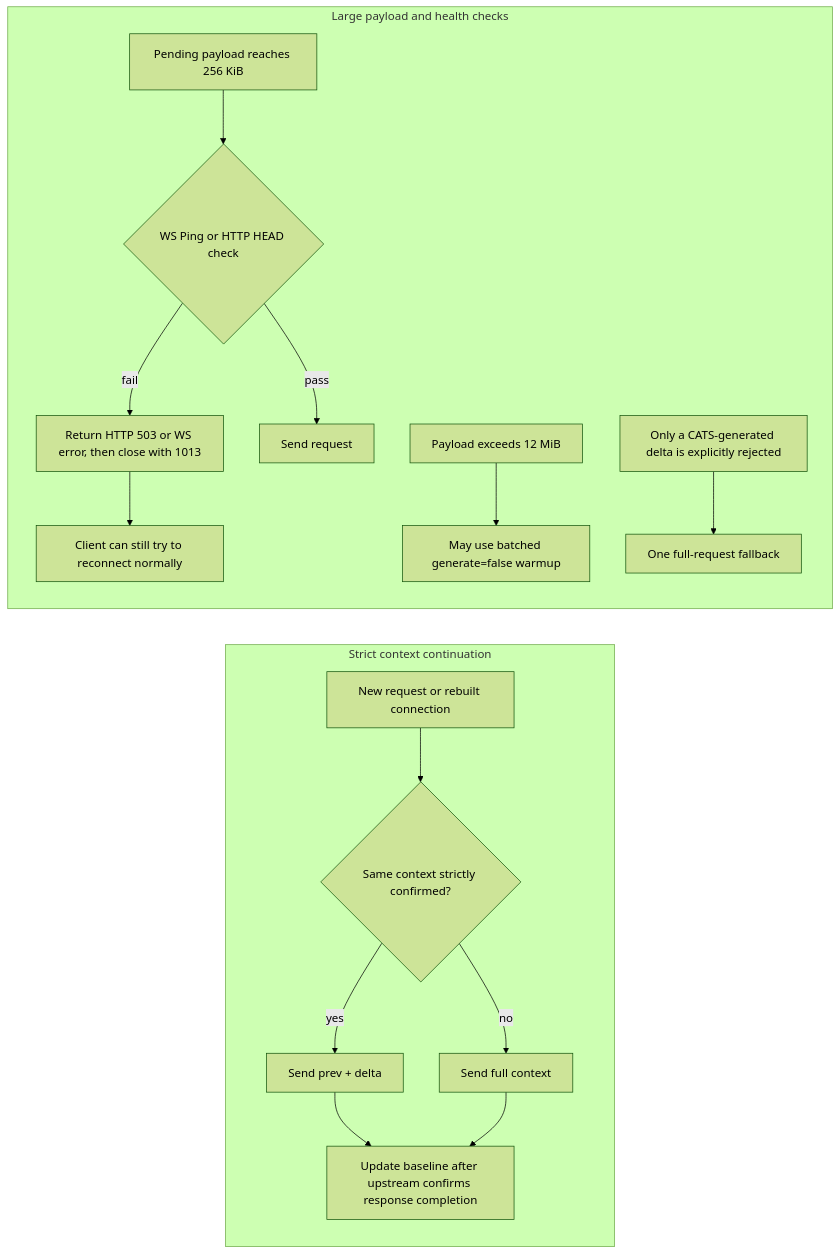
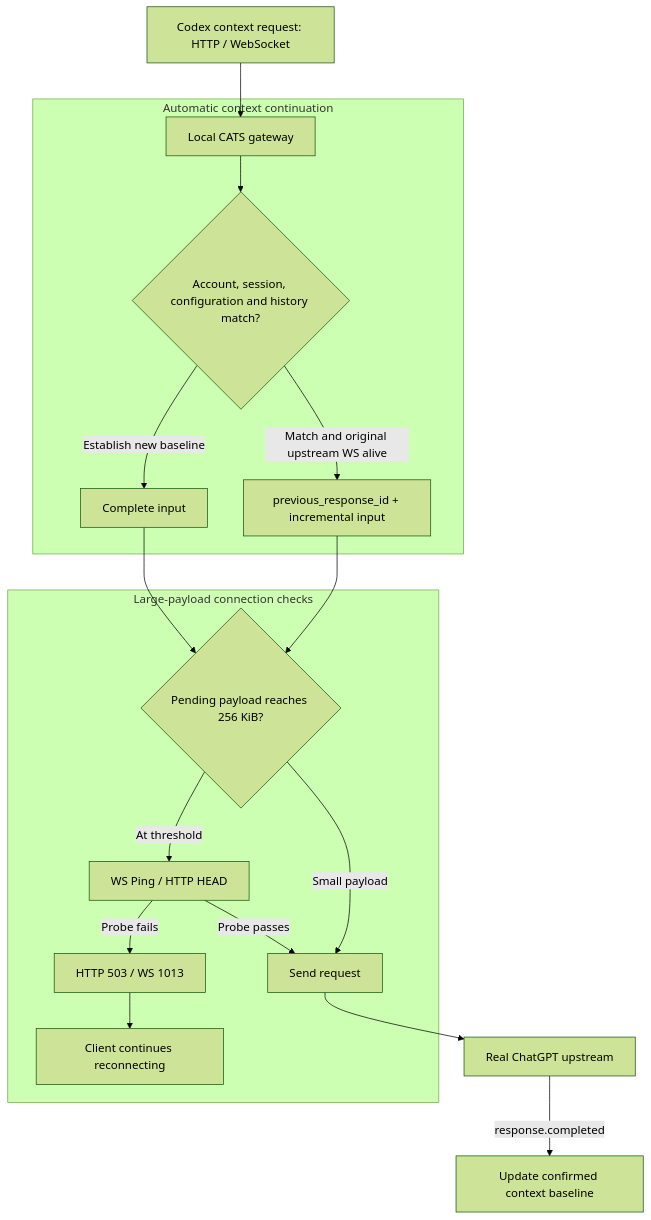
One commit to Khiyyya/codex-cats changed the diagram in README.en.md. Above: the diagram before and after it, drawn with Mermaid (forest theme). The commit also changed other lines of this file and 1 other file, not shown here.

Commit message:
docs: repair bilingual README layout and clarify CATS features

````diff
--- a/README.en.md
+++ b/README.en.md
@@ -55,19 +64,23 @@
 ```mermaid
-flowchart LR
-    subgraph CONTEXT[Strict context continuation]
-        A[New request or rebuilt connection] --> B{Same context strictly confirmed?}
-        B -- yes --> C[Send prev + delta]
-        B -- no --> D[Send full context]
-        C --> E[Update baseline after upstream confirms response completion]
-        D --> E
+flowchart TD
+    A["Codex context request: HTTP / WebSocket"] --> B["Local CATS gateway"]
+
+    subgraph CONTEXT["Automatic context continuation"]
+        B --> C{"Account, session, configuration and history match?"}
+        C -->|Match and original upstream WS alive| D["previous_response_id + incremental input"]
+        C -->|Establish new baseline| E["Complete input"]
     end
 
-    subgraph HEALTH[Large payload and health checks]
-        F[Pending payload reaches 256 KiB] --> H{WS Ping or HTTP HEAD check}
-        H -- fail --> I[Return HTTP 503 or WS error, then close with 1013]
-        I --> J[Client can still try to reconnect normally]
-        H -- pass --> K[Send request]
-        L[Payload exceeds 12 MiB] --> G[May use batched generate=false warmup]
-        M[Only a CATS-generated delta is explicitly rejected] --> N[One full-request fallback]
+    subgraph HEALTH["Large-payload connection checks"]
+        D --> F{"Pending payload reaches 256 KiB?"}
+        E --> F
+        F -->|At threshold| G["WS Ping / HTTP HEAD"]
+        F -->|Small payload| H["Send request"]
+        G -->|Probe passes| H
+        G -->|Probe fails| I["HTTP 503 / WS 1013"]
+        I --> J["Client continues reconnecting"]
     end
+
+    H --> K["Real ChatGPT upstream"]
+    K -->|response.completed| L["Update confirmed context baseline"]
 ```
````
